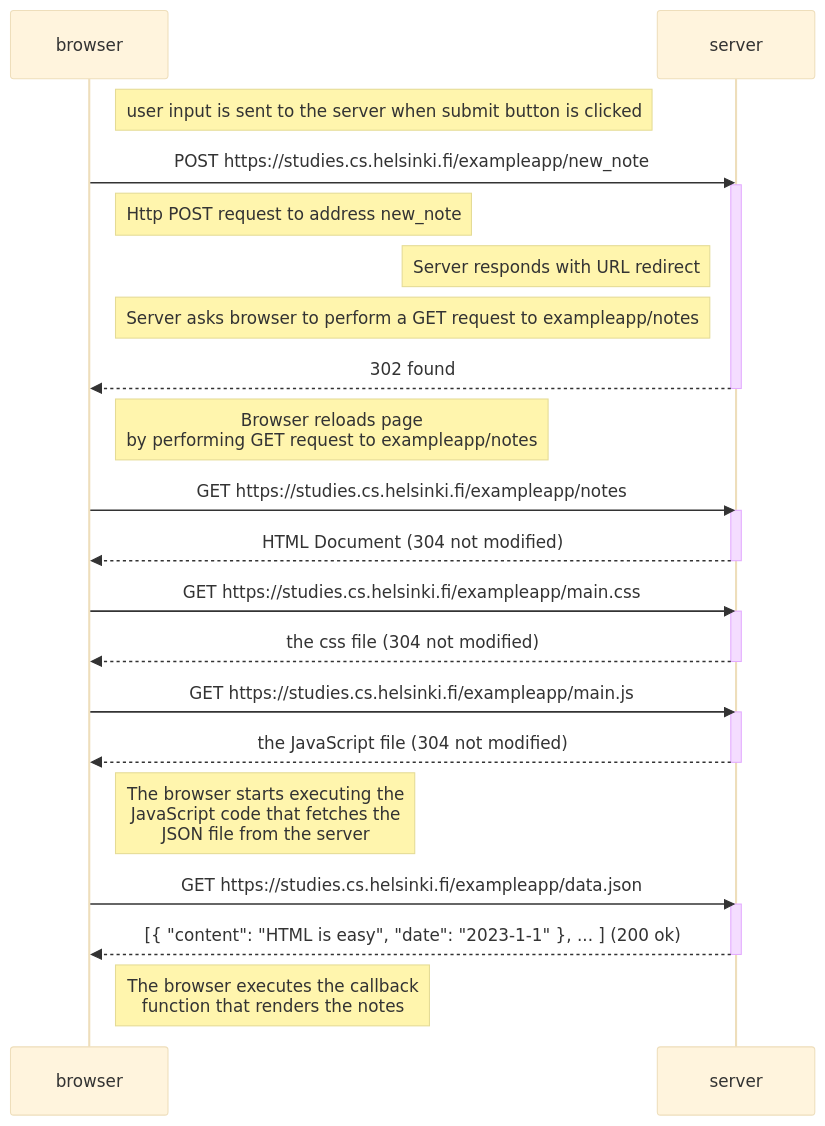
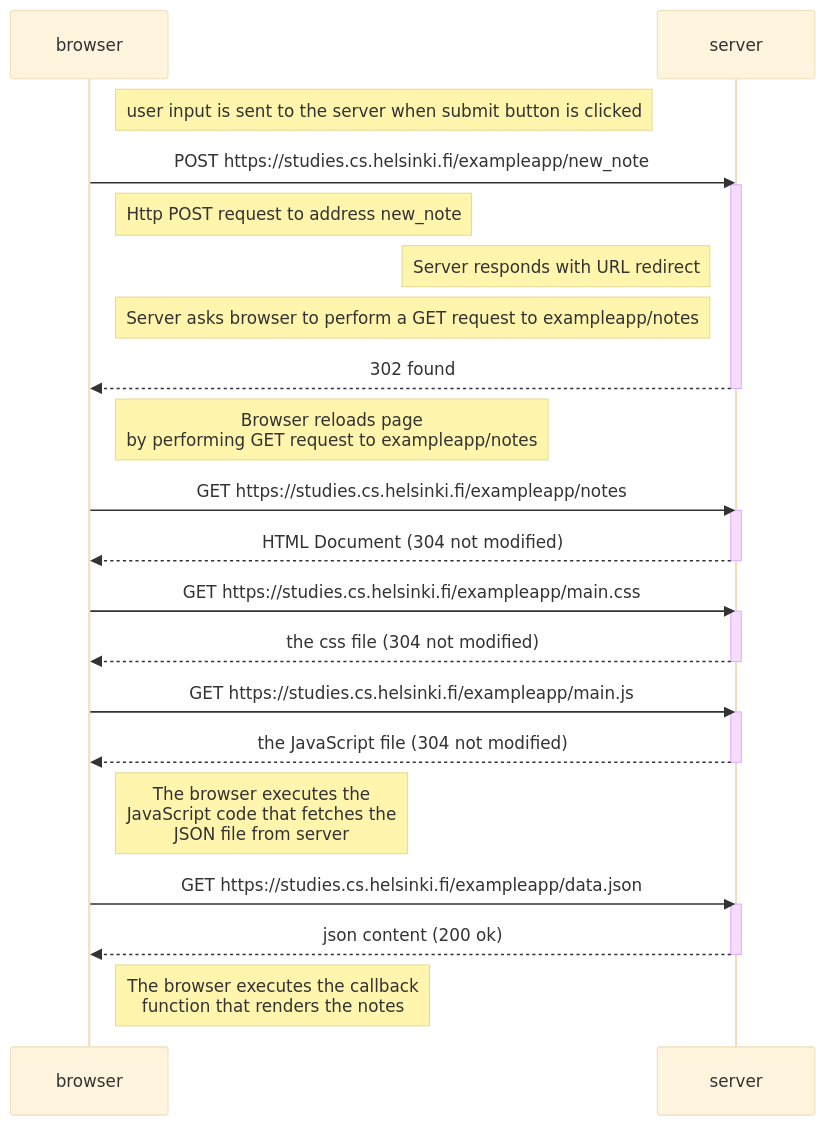
One commit to AnushM55/FullStackOpen changed the diagram in part0/ex0-4_New-Note.md. Above: the diagram before and after it, drawn with Mermaid (base theme).

Commit message:
misc changes

````diff
--- a/part0/ex0-4_New-Note.md
+++ b/part0/ex0-4_New-Note.md
@@ -4,44 +4,44 @@
 ```mermaid
 sequenceDiagram
     participant browser
     participant server
 
     Note right of browser:  user input is sent to the server when submit button is clicked
 
     browser->>server: POST https://studies.cs.helsinki.fi/exampleapp/new_note 
     activate server
 
     Note right of browser: Http POST request to address new_note  
     
     Note left of server: Server responds with URL redirect
     Note left of server: Server asks browser to perform a GET request to exampleapp/notes
 
     server-->>browser: 302 found
 
     deactivate server
 
     Note right of browser: Browser reloads page <br/> by performing GET request to exampleapp/notes
     browser->>server: GET https://studies.cs.helsinki.fi/exampleapp/notes
     activate server
     server-->>browser: HTML Document (304 not modified)
     deactivate server
 
     browser->>server: GET https://studies.cs.helsinki.fi/exampleapp/main.css 
     activate server
     server-->>browser: the css file (304 not modified)
     deactivate server
 
     browser->>server: GET https://studies.cs.helsinki.fi/exampleapp/main.js 
     activate server
     server-->>browser: the JavaScript file (304 not modified)
     deactivate server
 
-    Note right of browser: The browser starts executing the<br/> JavaScript code that fetches the<br/> JSON file from the server
+    Note right of browser: The browser executes the<br/> JavaScript code that fetches the<br/> JSON file from server
 
     browser->>server: GET https://studies.cs.helsinki.fi/exampleapp/data.json 
     activate server
-    server-->>browser: [{ "content": "HTML is easy", "date": "2023-1-1" }, ... ] (200 ok)
+    server-->>browser: json content (200 ok)
     deactivate server
 
     Note right of browser: The browser executes the callback<br/> function that renders the notes
 ```
````
